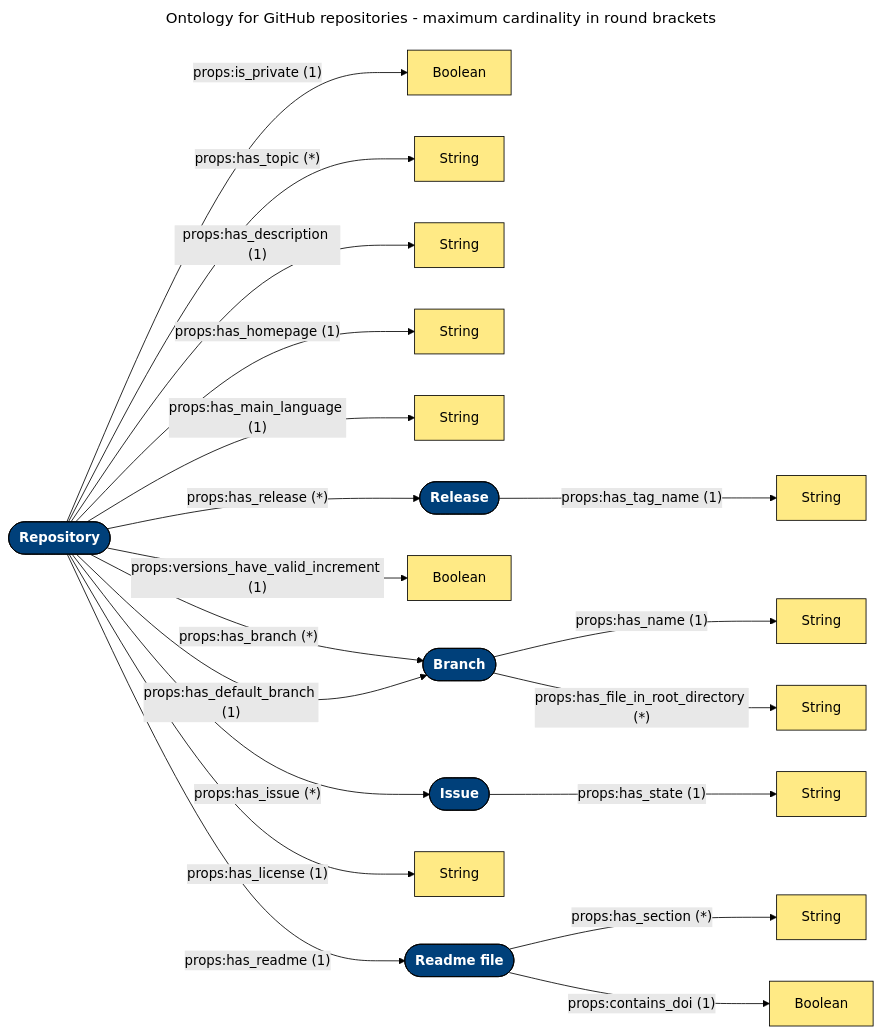
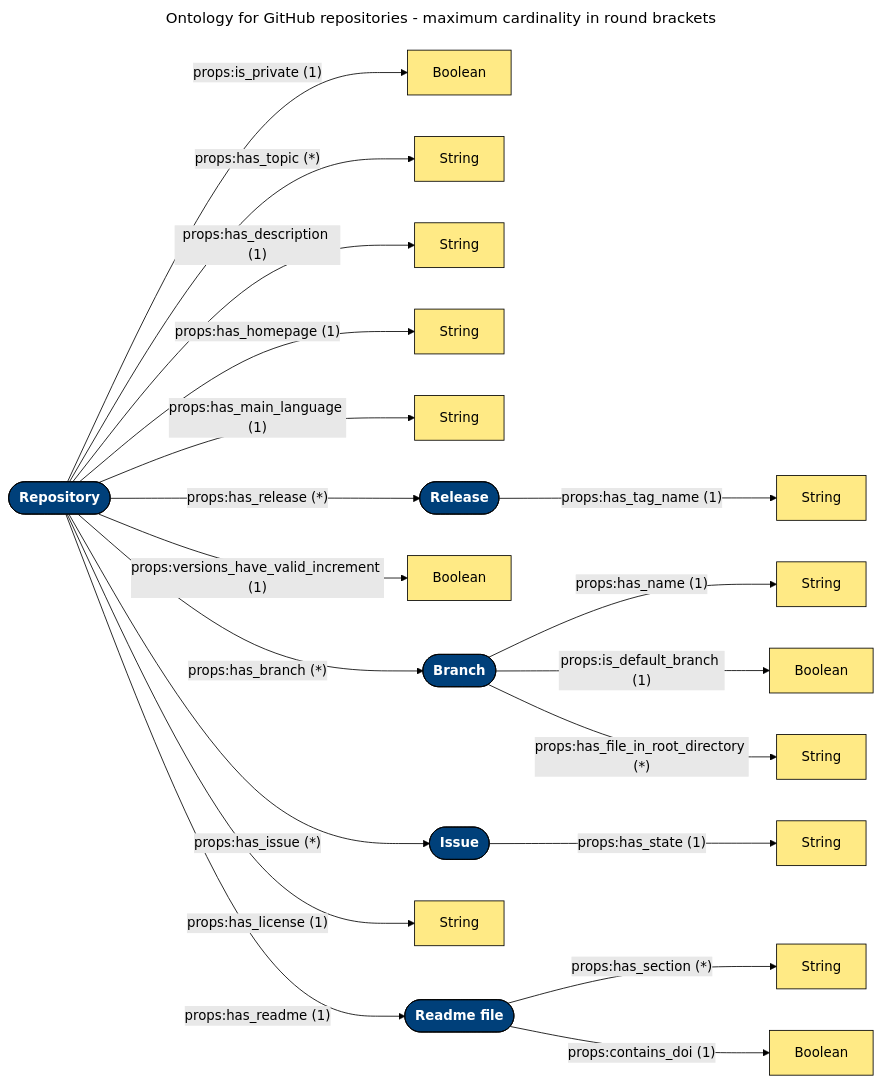
The diagram in README.md (uniba-mi/quare), drawn with Mermaid (forest theme) before and after one commit. The commit also changed 2 other files, not shown here.

Commit message:
Replace <repo> "has_default_branch" with <branch> "is_default_branch" (#13, #21, #22)

````diff
--- a/README.md
+++ b/README.md
@@ -47,55 +47,56 @@
 ```mermaid
 ---
 title: Ontology for GitHub repositories - maximum cardinality in round brackets
 ---
 flowchart LR
 %% NODE SECTION
 %% IRIs and Literals that are directly linked to the repository node
     repo([<b>Repository</b>]):::iri
     visibility[Boolean]:::literal
     topic[String]:::literal
     description[String]:::literal
     homepage[String]:::literal
     mainLanguage[String]:::literal
     release([<b>Release</b>]):::iri
     validVersionIncrement[Boolean]:::literal
     branch([<b>Branch</b>]):::iri
     issue([<b>Issue</b>]):::iri
     license[String]:::literal
     readme([<b>Readme file</b>]):::iri
 
 %% Literals that can be reached from the other IRIs
     tagName[String]:::literal
     branchName[String]:::literal
+    isDefaultBranch[Boolean]:::literal
     fileInRootDirectory[String]:::literal
     issueState[String]:::literal
     readmeSection[String]:::literal
     doiInReadme[Boolean]:::literal
 
 %% LINK SECTION
 %% Outgoing links of the repository node
     repo -- "props:is_private (1)" --> visibility
     repo -- "props:has_topic (*)" --> topic
     repo -- "props:has_description (1)" --> description
     repo -- "props:has_homepage (1)" --> homepage
     repo -- "props:has_main_language (1)" --> mainLanguage
     repo -- "props:has_release (*)" --> release
     repo -- "props:versions_have_valid_increment (1)" --> validVersionIncrement
     repo -- "props:has_branch (*)" --> branch
-    repo -- "props:has_default_branch (1)" --> branch
     repo -- "props:has_issue (*)" --> issue
     repo -- "props:has_license (1)" --> license
     repo -- "props:has_readme (1)" --> readme
 
 %% Outgoing links of the other IRIs
     release -- "props:has_tag_name (1)" --> tagName
     branch -- "props:has_name (1)" --> branchName
+    branch -- "props:is_default_branch (1)" --> isDefaultBranch
     branch -- "props:has_file_in_root_directory (*)" --> fileInRootDirectory
     issue -- "props:has_state (1)" --> issueState
     readme -- "props:has_section (*)" --> readmeSection
     readme -- "props:contains_doi (1)" --> doiInReadme
 
 %% STYLING
     classDef literal fill:#FFEA85, stroke:#000
     classDef iri fill:#00407A, color:white, stroke:#000
 ```
````
